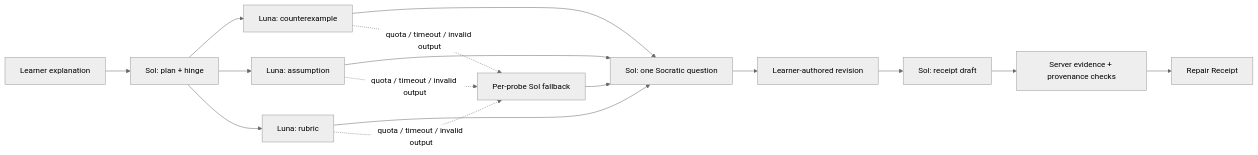
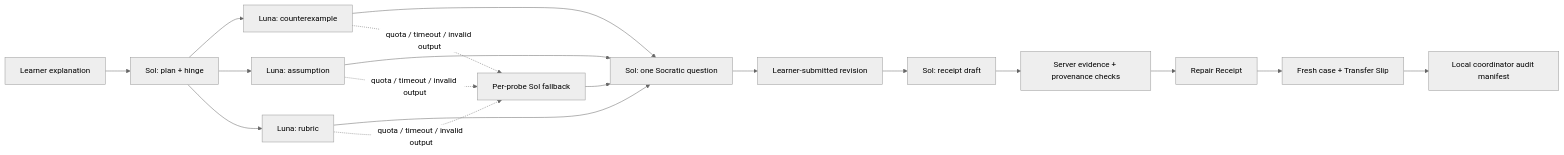
Before and after one commit to FusionCube18712/reasonpatch: the diagram in README.md, drawn with Mermaid (neutral theme). The commit also changed other lines of this file and 3 other files, not shown here.

````diff
--- a/README.md
+++ b/README.md
@@ -33,18 +34,20 @@
 ```mermaid
 flowchart LR
     A["Learner explanation"] --> B["Sol: plan + hinge"]
     B --> C1["Luna: counterexample"]
     B --> C2["Luna: assumption"]
     B --> C3["Luna: rubric"]
     C1 --> D["Sol: one Socratic question"]
     C2 --> D
     C3 --> D
-    D --> E["Learner-authored revision"]
+    D --> E["Learner-submitted revision"]
     E --> F["Sol: receipt draft"]
     F --> G["Server evidence + provenance checks"]
     G --> H["Repair Receipt"]
+    H --> I["Fresh case + Transfer Slip"]
+    I --> J["Local coordinator audit manifest"]
     C1 -. "quota / timeout / invalid output" .-> S["Per-probe Sol fallback"]
     C2 -. "quota / timeout / invalid output" .-> S
     C3 -. "quota / timeout / invalid output" .-> S
     S --> D
 ```
````
